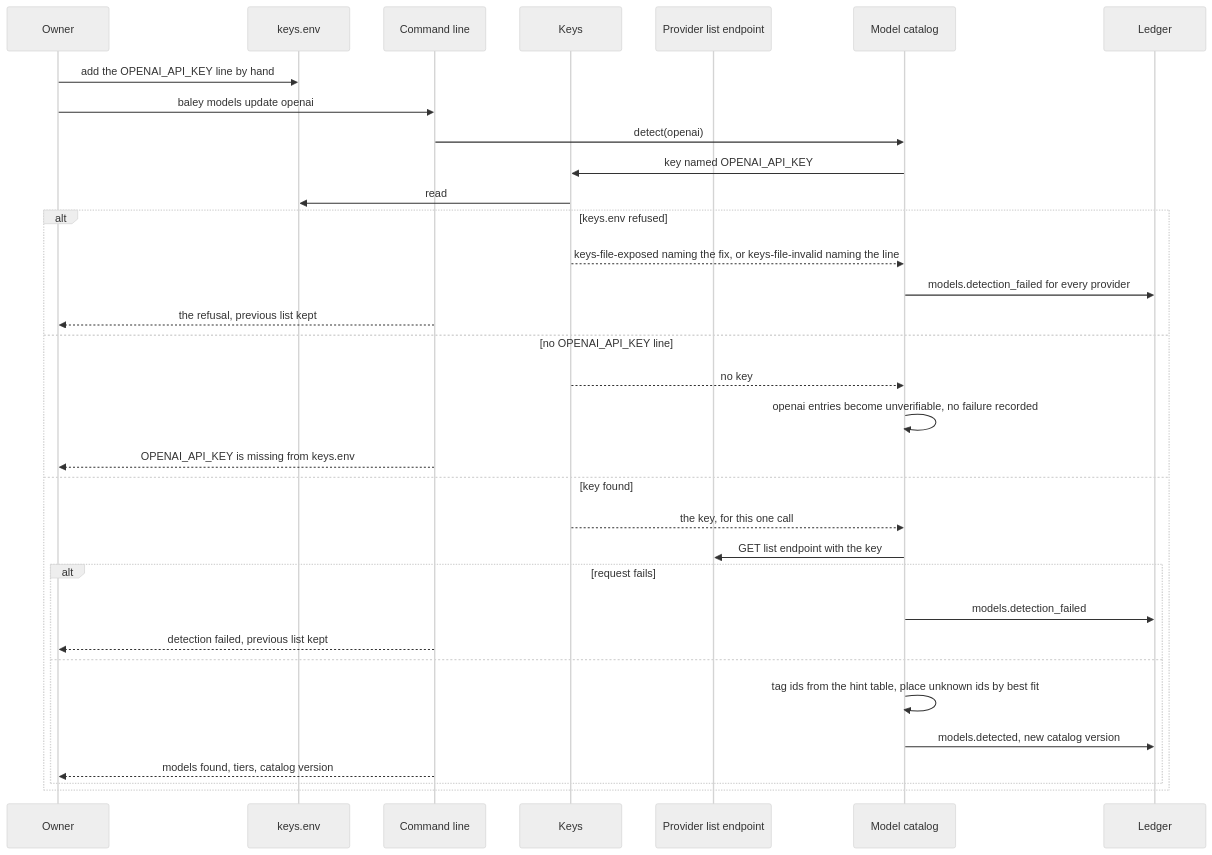
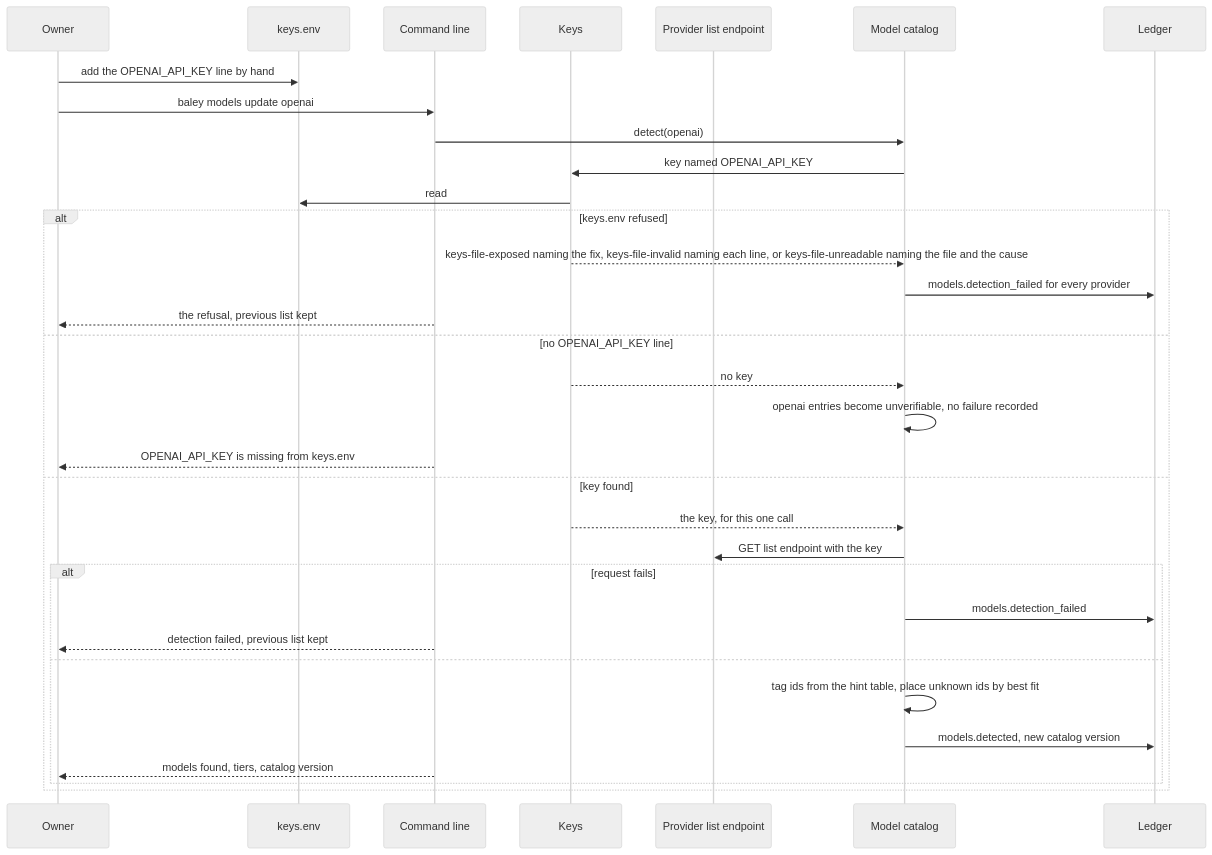
The sixth of 7 diagrams in docs/design/0003-configuration-and-routing.md (crenshawdev/baley), drawn with Mermaid (neutral theme) before and after one commit. The commit also changed other lines of this file and 1 other file, not shown here.

First line of the commit message:
docs(design): document the keys reader and task status

````diff
--- a/docs/design/0003-configuration-and-routing.md
+++ b/docs/design/0003-configuration-and-routing.md
@@ -394,35 +400,35 @@
 ```mermaid
 sequenceDiagram
   participant O as Owner
   participant F as keys.env
   participant C as Command line
   participant S as Keys
   participant V as Provider list endpoint
   participant K as Model catalog
   participant L as Ledger
   O->>F: add the OPENAI_API_KEY line by hand
   O->>C: baley models update openai
   C->>K: detect(openai)
   K->>S: key named OPENAI_API_KEY
   S->>F: read
   alt keys.env refused
-    S-->>K: keys-file-exposed naming the fix, or keys-file-invalid naming the line
+    S-->>K: keys-file-exposed naming the fix, keys-file-invalid naming each line, or keys-file-unreadable naming the file and the cause
     K->>L: models.detection_failed for every provider
     C-->>O: the refusal, previous list kept
   else no OPENAI_API_KEY line
     S-->>K: no key
     K->>K: openai entries become unverifiable, no failure recorded
     C-->>O: OPENAI_API_KEY is missing from keys.env
   else key found
     S-->>K: the key, for this one call
     K->>V: GET list endpoint with the key
     alt request fails
       K->>L: models.detection_failed
       C-->>O: detection failed, previous list kept
     else
       K->>K: tag ids from the hint table, place unknown ids by best fit
       K->>L: models.detected, new catalog version
       C-->>O: models found, tiers, catalog version
     end
   end
 ```
````
